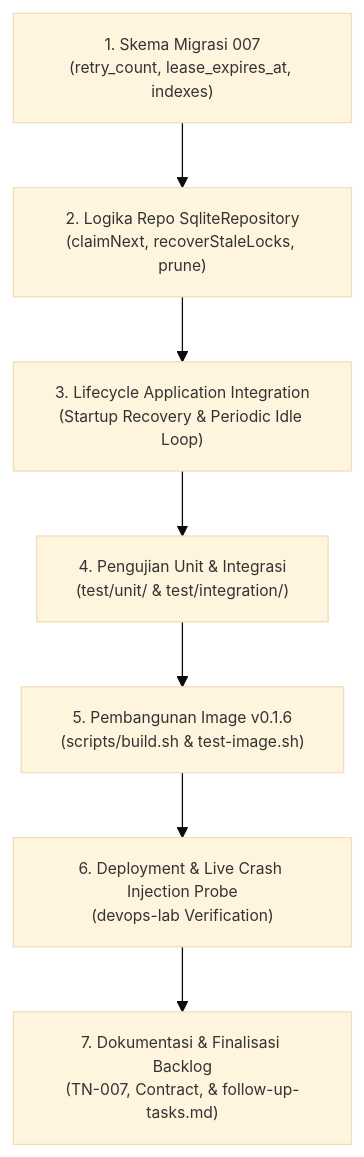
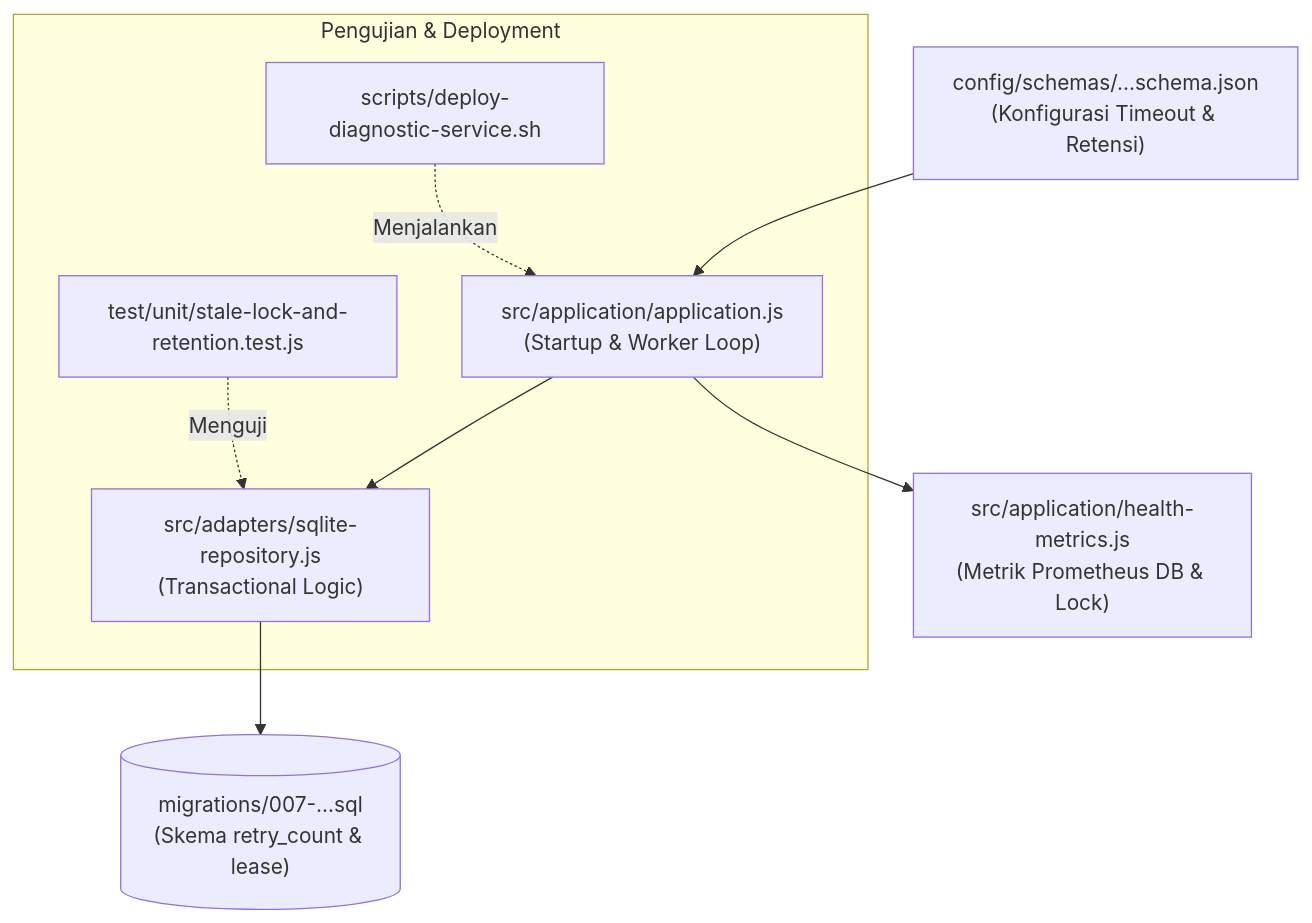
The second of 2 diagrams in docs/projects/tomcat-monitoring/engineering-journal/monitoring-platform-integration/TN-007-implement-stale-lock-recovery-and-sqlite-state-resilience.md (edkas07-oss/devops-handbook), drawn with Mermaid before and after one commit. The commit also changed other lines of this file, not shown here.

````diff
--- a/docs/projects/tomcat-monitoring/engineering-journal/monitoring-platform-integration/TN-007-implement-stale-lock-recovery-and-sqlite-state-resilience.md
+++ b/docs/projects/tomcat-monitoring/engineering-journal/monitoring-platform-integration/TN-007-implement-stale-lock-recovery-and-sqlite-state-resilience.md
@@ -90,16 +385,12 @@
 ```mermaid
-%%{init: {
-  'theme': 'base',
-  'themeVariables': {
-    'edgeLabelBackground': 'transparent',
-    'fontSize': '12px'
-  }
-}}%%
 flowchart TD
-    T1["1. Skema Migrasi 007<br/>(retry_count, lease_expires_at, indexes)"] --> T2["2. Logika Repo SqliteRepository<br/>(claimNext, recoverStaleLocks, prune)"]
-    T2 --> T3["3. Lifecycle Application Integration<br/>(Startup Recovery & Periodic Idle Loop)"]
-    T3 --> T4["4. Pengujian Unit & Integrasi<br/>(test/unit/ & test/integration/)"]
-    T4 --> T5["5. Pembangunan Image v0.1.6<br/>(scripts/build.sh & test-image.sh)"]
-    T5 --> T6["6. Deployment & Live Crash Injection Probe<br/>(devops-lab Verification)"]
-    T6 --> T7["7. Dokumentasi & Finalisasi Backlog<br/>(TN-007, Contract, & follow-up-tasks.md)"]
+    CONFIG["config/schemas/...schema.json<br/>(Konfigurasi Timeout & Retensi)"] --> APP["src/application/application.js<br/>(Startup & Worker Loop)"]
+    APP --> REPO["src/adapters/sqlite-repository.js<br/>(Transactional Logic)"]
+    REPO --> MIGRATION[("migrations/007-...sql<br/>(Skema retry_count & lease)")]
+    APP --> METRICS["src/application/health-metrics.js<br/>(Metrik Prometheus DB & Lock)"]
+    
+    subgraph VERIFICATION["Pengujian & Deployment"]
+        UNIT["test/unit/stale-lock-and-retention.test.js"] -. Menguji .-> REPO
+        DEPLOY["scripts/deploy-diagnostic-service.sh"] -. Menjalankan .-> APP
+    end
 ```
````
